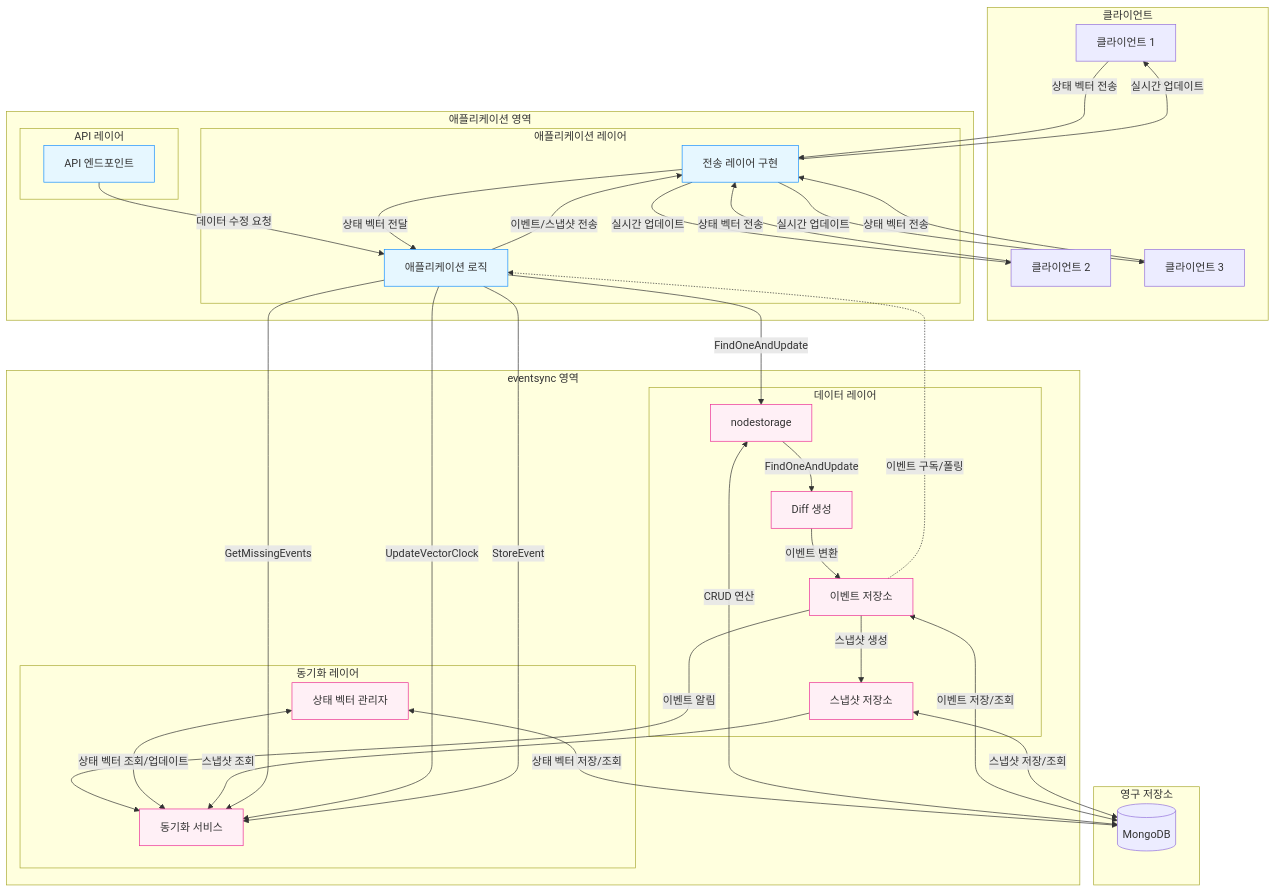
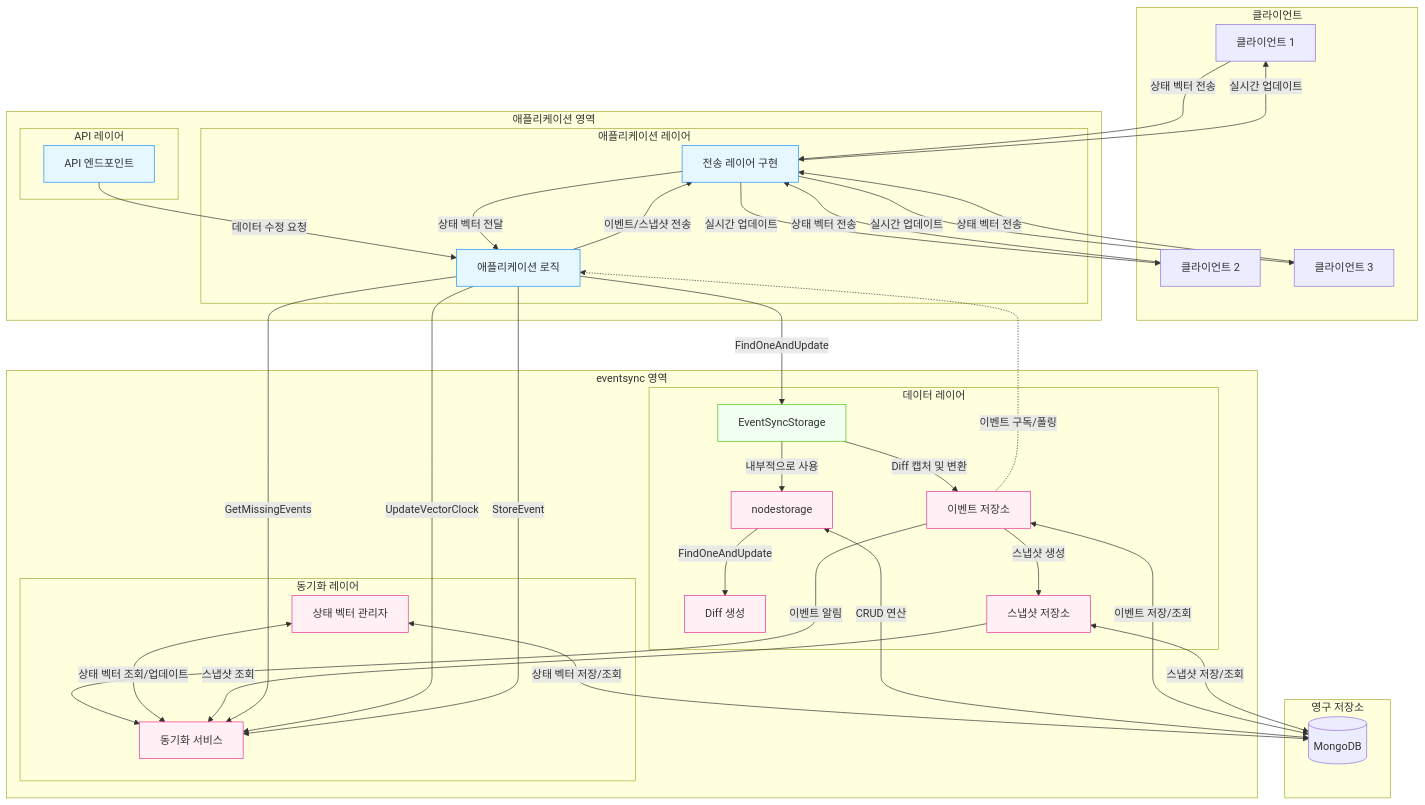
One commit to homveloper/boss-raid-game changed the first of 9 diagrams in eventsync/README.md. Above: the diagram before and after it, drawn with Mermaid. The commit also changed other lines of this file and 4 other files, not shown here.

````diff
--- a/eventsync/README.md
+++ b/eventsync/README.md
@@ -58,70 +58,74 @@
 ```mermaid
 graph TD
     subgraph 클라이언트
         C1[클라이언트 1]
         C2[클라이언트 2]
         C3[클라이언트 3]
     end
 
     subgraph 애플리케이션 영역
         subgraph API 레이어
             API[API 엔드포인트]
         end
 
         subgraph 애플리케이션 레이어
             APP[애플리케이션 로직]
             TRANS[전송 레이어 구현]
         end
     end
 
     subgraph eventsync 영역
         subgraph 데이터 레이어
             NS[nodestorage]
+            ESS[EventSyncStorage]
             NS -->|FindOneAndUpdate| DIFF[Diff 생성]
-            DIFF -->|이벤트 변환| ES[이벤트 저장소]
+            ESS -->|Diff 캡처 및 변환| ES[이벤트 저장소]
             ES -->|스냅샷 생성| SS[스냅샷 저장소]
         end
 
         subgraph 동기화 레이어
             SV[상태 벡터 관리자]
             SYNC[동기화 서비스]
             ES -->|이벤트 알림| SYNC
             SV <-->|상태 벡터 조회/업데이트| SYNC
             SS -->|스냅샷 조회| SYNC
         end
     end
 
     API -->|데이터 수정 요청| APP
-    APP -->|FindOneAndUpdate| NS
+    APP -->|FindOneAndUpdate| ESS
+    ESS -->|내부적으로 사용| NS
 
     %% 애플리케이션과 eventsync 간 인터페이스
     APP -->|GetMissingEvents| SYNC
     APP -->|UpdateVectorClock| SYNC
     APP -->|StoreEvent| SYNC
     ES -.->|이벤트 구독/폴링| APP
 
     %% 애플리케이션과 클라이언트 간 통신
     APP -->|이벤트/스냅샷 전송| TRANS
     TRANS -->|실시간 업데이트| C1
     TRANS -->|실시간 업데이트| C2
     TRANS -->|실시간 업데이트| C3
     C1 -->|상태 벡터 전송| TRANS
     C2 -->|상태 벡터 전송| TRANS
     C3 -->|상태 벡터 전송| TRANS
     TRANS -->|상태 벡터 전달| APP
 
     subgraph 영구 저장소
         MONGO[(MongoDB)]
     end
 
     NS <-->|CRUD 연산| MONGO
     ES <-->|이벤트 저장/조회| MONGO
     SS <-->|스냅샷 저장/조회| MONGO
     SV <-->|상태 벡터 저장/조회| MONGO
 
     classDef appArea fill:#e6f7ff,stroke:#1890ff;
     classDef eventsyncArea fill:#fff0f6,stroke:#eb2f96;
+    classDef newComponent fill:#f0fff0,stroke:#52c41a;
 
     class API,APP,TRANS appArea;
     class NS,DIFF,ES,SS,SV,SYNC eventsyncArea;
+    class ESS newComponent;
 ```
````
